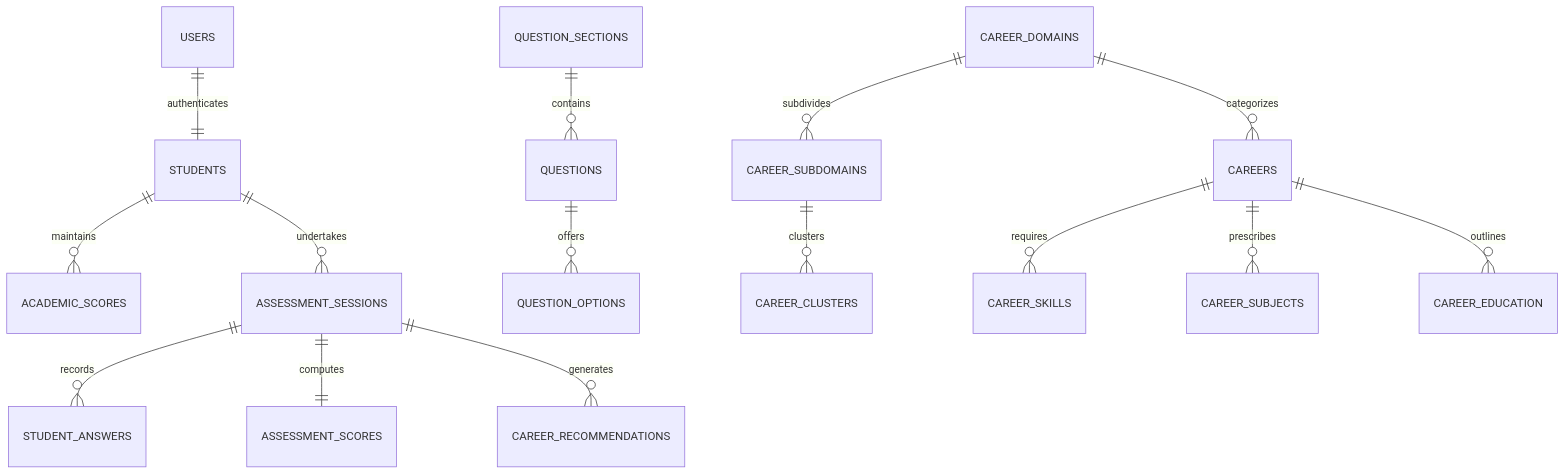
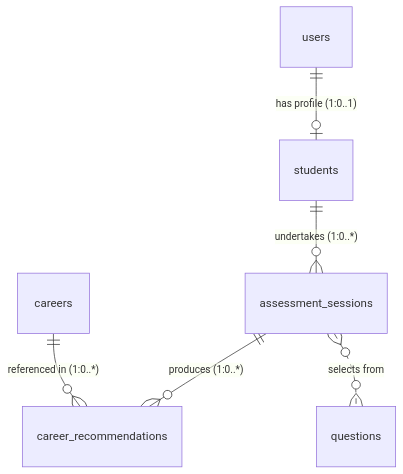
Before and after one commit to AMB-007/Personalized-Career-Recommendation-System-Using-Machine-Learning: the second of 2 diagrams in README.md, drawn with Mermaid. The commit also changed other lines of this file, not shown here.

Commit message:
Update README with 6-table database architecture, UML diagram figures, and XGBoost champion benchmarks

````diff
--- a/README.md
+++ b/README.md
@@ -394,17 +400,8 @@
 ```mermaid
 erDiagram
-    USERS ||--|| STUDENTS : "authenticates"
-    STUDENTS ||--o{ ACADEMIC_SCORES : "maintains"
-    STUDENTS ||--o{ ASSESSMENT_SESSIONS : "undertakes"
-    ASSESSMENT_SESSIONS ||--o{ STUDENT_ANSWERS : "records"
-    ASSESSMENT_SESSIONS ||--|| ASSESSMENT_SCORES : "computes"
-    ASSESSMENT_SESSIONS ||--o{ CAREER_RECOMMENDATIONS : "generates"
-    QUESTION_SECTIONS ||--o{ QUESTIONS : "contains"
-    QUESTIONS ||--o{ QUESTION_OPTIONS : "offers"
-    CAREER_DOMAINS ||--o{ CAREER_SUBDOMAINS : "subdivides"
-    CAREER_SUBDOMAINS ||--o{ CAREER_CLUSTERS : "clusters"
-    CAREER_DOMAINS ||--o{ CAREERS : "categorizes"
-    CAREERS ||--o{ CAREER_SKILLS : "requires"
-    CAREERS ||--o{ CAREER_SUBJECTS : "prescribes"
-    CAREERS ||--o{ CAREER_EDUCATION : "outlines"
+    users ||--o| students : "has profile (1:0..1)"
+    students ||--o{ assessment_sessions : "undertakes (1:0..*)"
+    assessment_sessions ||--o{ career_recommendations : "produces (1:0..*)"
+    careers ||--o{ career_recommendations : "referenced in (1:0..*)"
+    assessment_sessions }o..o{ questions : "selects from"
 ```
````
